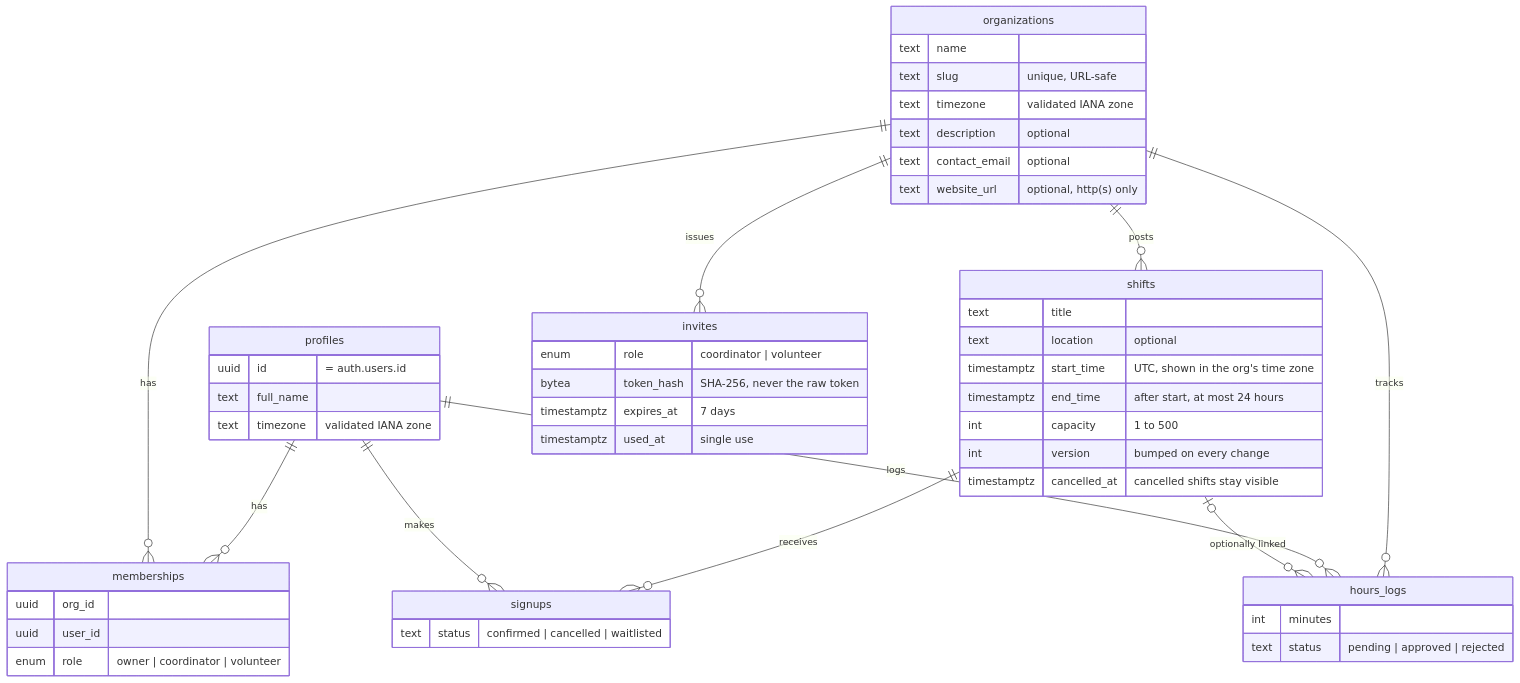
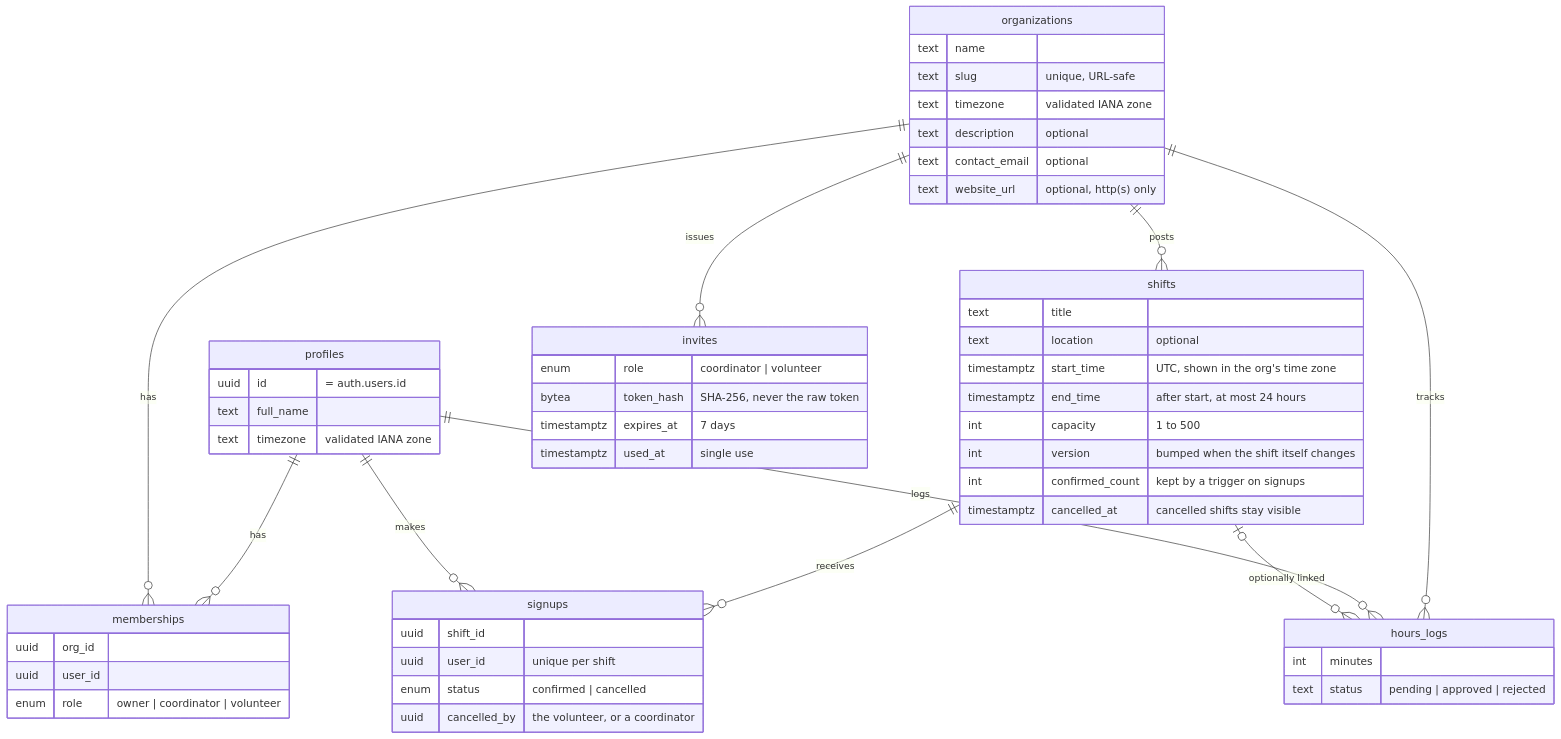
The second of 3 diagrams in README.md (JeffHenry/showing-up), drawn with Mermaid before and after one commit. The commit also changed other lines of this file and 3 other files, not shown here.

````diff
--- a/README.md
+++ b/README.md
@@ -174,53 +176,57 @@
 ```mermaid
 erDiagram
   profiles ||--o{ memberships : has
   organizations ||--o{ memberships : has
   organizations ||--o{ shifts : posts
   organizations ||--o{ invites : issues
   organizations ||--o{ hours_logs : tracks
   shifts ||--o{ signups : receives
   profiles ||--o{ signups : makes
   profiles ||--o{ hours_logs : logs
   shifts |o--o{ hours_logs : "optionally linked"
 
   profiles {
     uuid id "= auth.users.id"
     text full_name
     text timezone "validated IANA zone"
   }
   organizations {
     text name
     text slug "unique, URL-safe"
     text timezone "validated IANA zone"
     text description "optional"
     text contact_email "optional"
     text website_url "optional, http(s) only"
   }
   memberships {
     uuid org_id
     uuid user_id
     enum role "owner | coordinator | volunteer"
   }
   shifts {
     text title
     text location "optional"
     timestamptz start_time "UTC, shown in the org's time zone"
     timestamptz end_time "after start, at most 24 hours"
     int capacity "1 to 500"
-    int version "bumped on every change"
+    int version "bumped when the shift itself changes"
+    int confirmed_count "kept by a trigger on signups"
     timestamptz cancelled_at "cancelled shifts stay visible"
   }
   signups {
-    text status "confirmed | cancelled | waitlisted"
+    uuid shift_id
+    uuid user_id "unique per shift"
+    enum status "confirmed | cancelled"
+    uuid cancelled_by "the volunteer, or a coordinator"
   }
   hours_logs {
     int minutes
     text status "pending | approved | rejected"
   }
   invites {
     enum role "coordinator | volunteer"
     bytea token_hash "SHA-256, never the raw token"
     timestamptz expires_at "7 days"
     timestamptz used_at "single use"
   }
 ```
````
